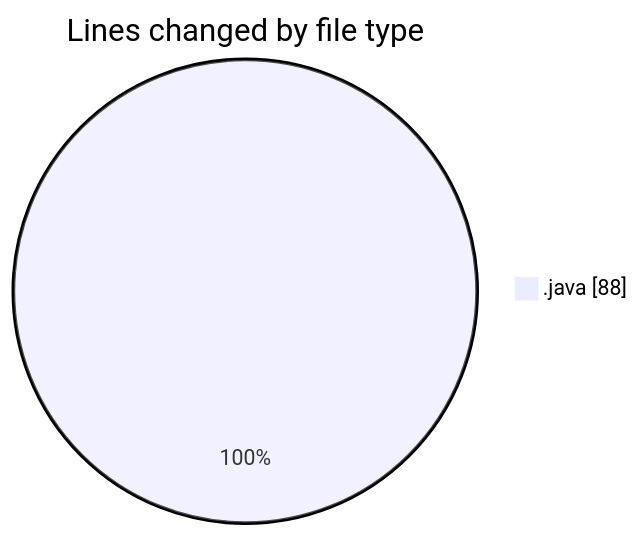
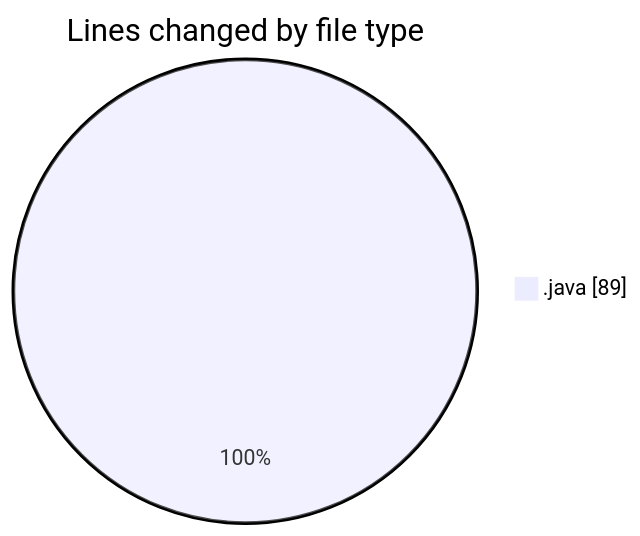
Before and after one commit to hasnaa123/code-tracking: the first of 2 diagrams in 2026-10-25/taskforge/README.md, drawn with Mermaid. The commit also changed other lines of this file and 1 other file, not shown here.

````diff
--- a/2026-10-25/taskforge/README.md
+++ b/2026-10-25/taskforge/README.md
@@ -21,5 +21,5 @@
 ```mermaid
 pie showData
 title Lines changed by file type
-".java" : 88
+".java" : 89
 ```
````
